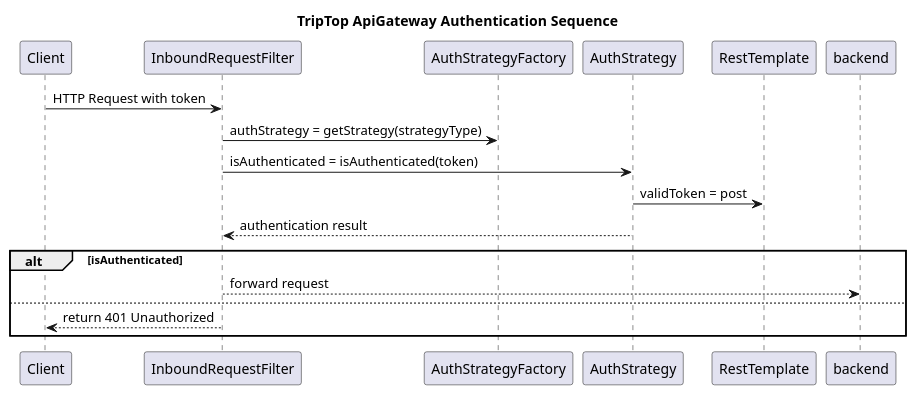
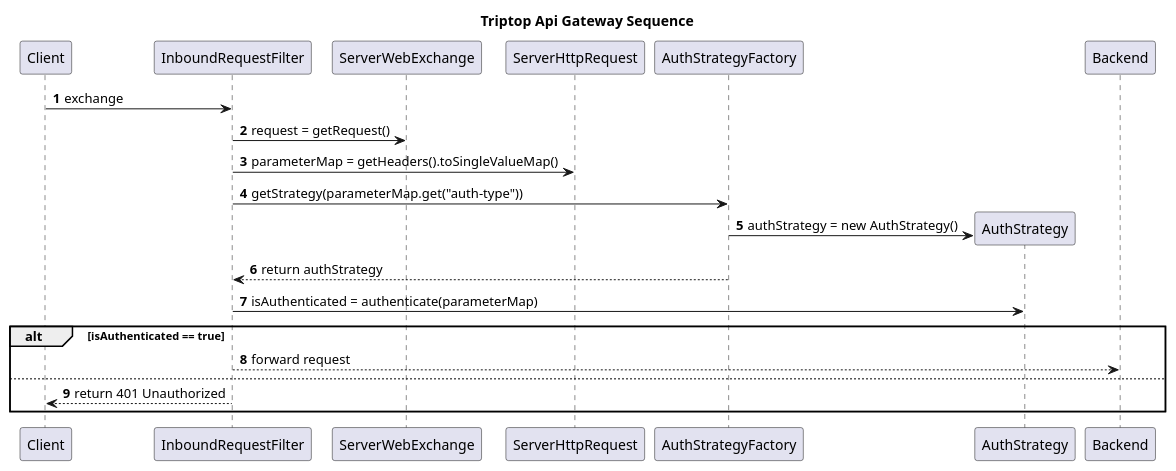
Before and after one commit to AIM-ENE-feb25/triptop-groep-1-met-third-wheel: the diagram in individueel/diagram/Simon-TripTopSequenceDiagram.puml, drawn with PlantUML. The commit also changed 32 other files, not shown here.

```diff
--- a/individueel/diagram/Simon-TripTopSequenceDiagram.puml
+++ b/individueel/diagram/Simon-TripTopSequenceDiagram.puml
@@ -1,28 +1,33 @@
 @startuml
-title TripTop ApiGateway Authentication Sequence
+title Triptop Api Gateway Sequence
+
+autonumber
 
 participant "Client" as client
 participant "InboundRequestFilter" as filter
+participant "ServerWebExchange" as exchange
+participant "ServerHttpRequest" as request
 participant "AuthStrategyFactory" as factory
-participant "AuthStrategy" as strategy
-participant "RestTemplate" as rest
 
-client -> filter: HTTP Request with token
+client -> filter: exchange
 
-filter -> factory: authStrategy = getStrategy(strategyType)
+filter -> exchange: request = getRequest()
 
-filter -> strategy: isAuthenticated = isAuthenticated(token)
+filter -> request: parameterMap = getHeaders().toSingleValueMap()
 
-strategy -> rest: validToken = post
+filter -> factory: getStrategy(parameterMap.get("auth-type"))
 
-strategy --> filter: authentication result
+create participant "AuthStrategy" as strategy
+factory -> strategy: authStrategy = new AuthStrategy()
 
-alt isAuthenticated
-    filter --> backend: forward request
+factory --> filter: return authStrategy 
+
+filter -> strategy: isAuthenticated = authenticate(parameterMap)
+
+alt isAuthenticated == true
+    filter --> Backend: forward request
 else
     filter --> client: return 401 Unauthorized
 end
 
-deactivate filter
-
 @enduml
```
